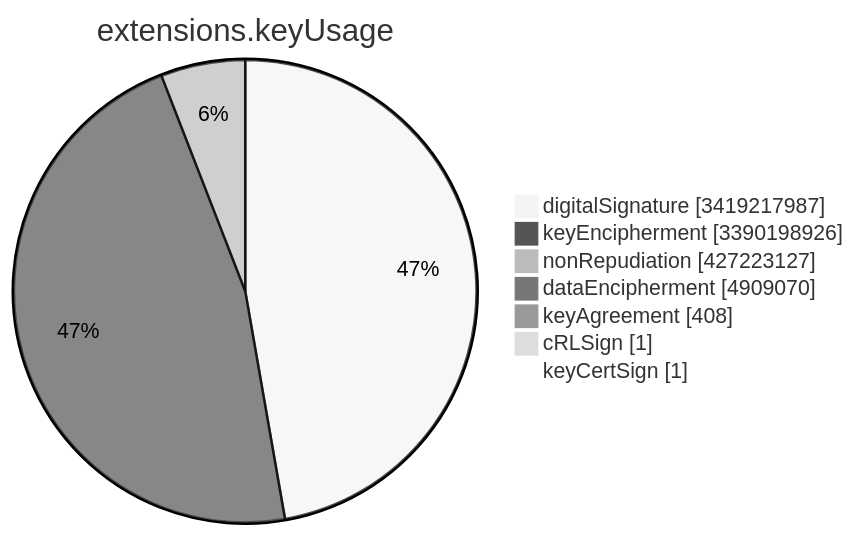
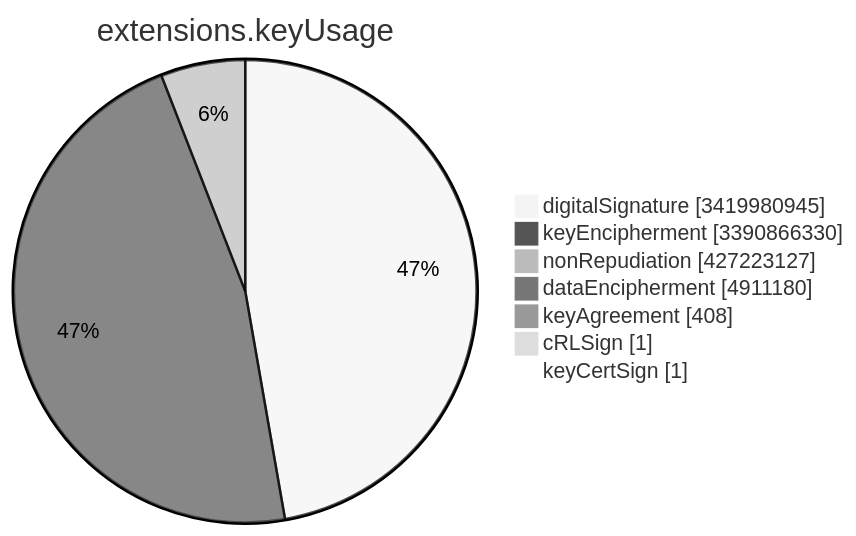
One commit to christiankrug/ctmonitor_visualization changed the sixth of 15 diagrams in TOTAL/README.md. Above: the diagram before and after it, drawn with Mermaid (neutral theme). The commit also changed other lines of this file, not shown here.

````diff
--- a/TOTAL/README.md
+++ b/TOTAL/README.md
@@ -3081,11 +3081,11 @@
 ```mermaid
 pie showData
 title extensions.keyUsage
-"digitalSignature" :3419217987
-"keyEncipherment" :3390198926
+"digitalSignature" :3419980945
+"keyEncipherment" :3390866330
 "nonRepudiation" :427223127
-"dataEncipherment" :4909070
+"dataEncipherment" :4911180
 "keyAgreement" :408
 "cRLSign" :1
 "keyCertSign" :1
 ```
````
